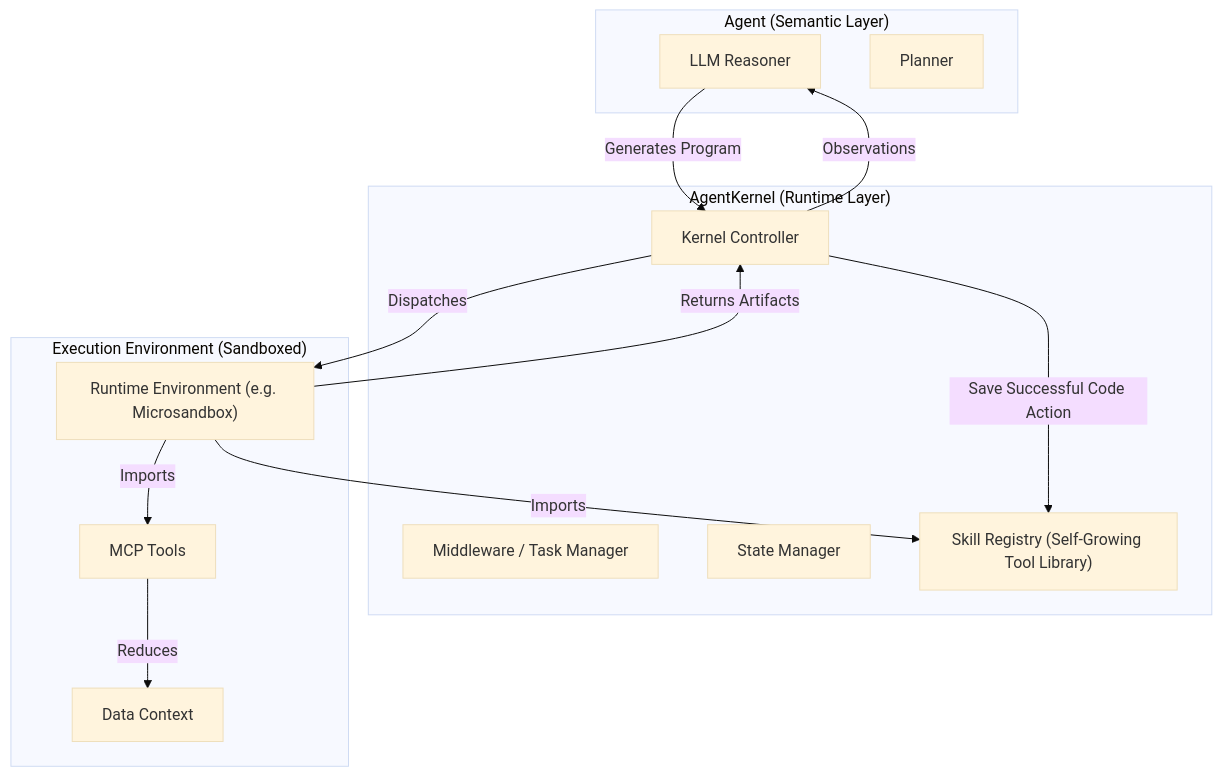
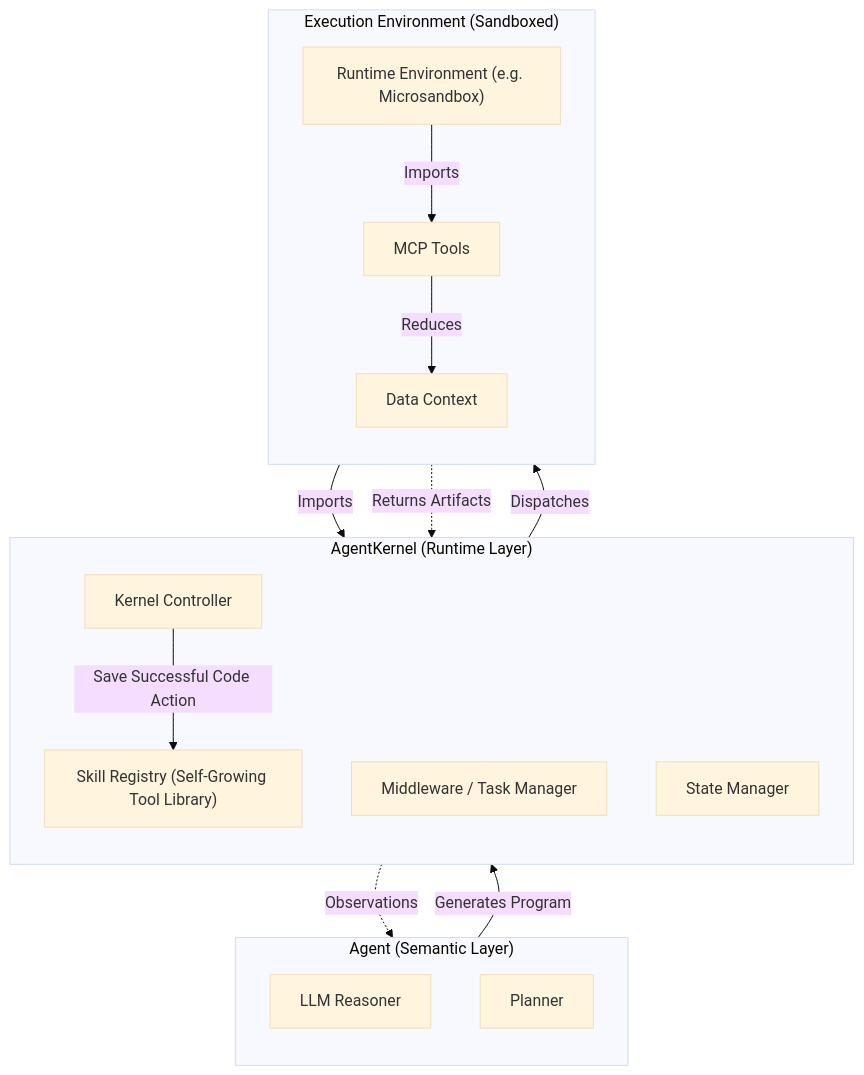
The diagram in README.md (TJKlein/AgentKernel), drawn with Mermaid (base theme) before and after one commit.

Commit message:
Fixed diagram

````diff
--- a/README.md
+++ b/README.md
@@ -52,29 +52,40 @@
 ```mermaid
 graph TD
-    subgraph Agent ["Agent (Semantic Layer)"]
+    %% Define the distinct vertical layers explicitly
+    subgraph Layer1 ["Agent (Semantic Layer)"]
+        direction TB
         A["LLM Reasoner"]
         B["Planner"]
     end
 
-    subgraph AgentKernel ["AgentKernel (Runtime Layer)"]
+    subgraph Layer2 ["AgentKernel (Runtime Layer)"]
+        direction TB
         K["Kernel Controller"]
         M["Middleware / Task Manager"]
         S["State Manager"]
         SK["Skill Registry (Self-Growing Tool Library)"]
     end
 
-    subgraph Env ["Execution Environment (Sandboxed)"]
+    subgraph Layer3 ["Execution Environment (Sandboxed)"]
+        direction TB
         VM["Runtime Environment (e.g. Microsandbox)"]
         T["MCP Tools"]
         D["Data Context"]
     end
 
+    %% Semantic -> Kernel
     A -->|Generates Program| K
+    
+    %% Kernel -> Env
     K -->|Dispatches| VM
+    K -->|Save Successful Code Action| SK
+    
+    %% Env Internal
     VM -->|Imports| T
     VM -->|Imports| SK
     T -->|Reduces| D
-    VM -->|Returns Artifacts| K
-    K -->|Observations| A
-    K -->|Save Successful Code Action| SK
+    
+    %% Upward Returns (styled or forced to not break top-down flow if possible)
+    VM -.->|Returns Artifacts| K
+    K -.->|Observations| A
 ```
````
